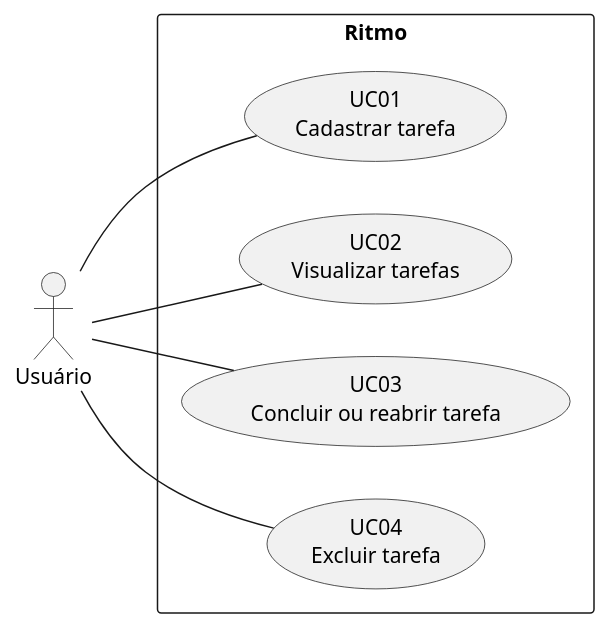
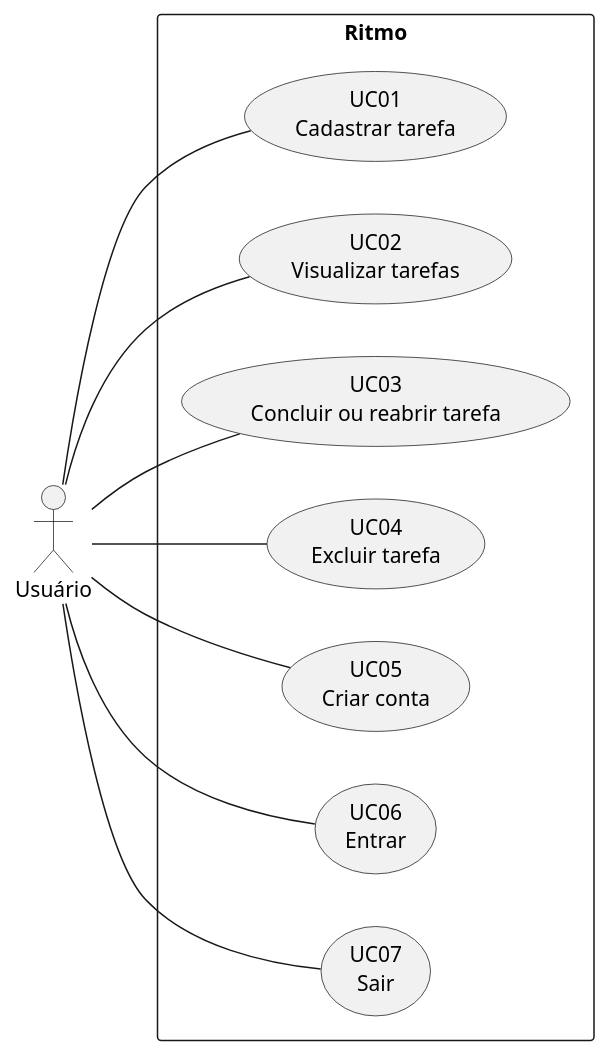
Before and after one commit to morexiety/ritmo: the diagram in docs/casos-de-uso.md, drawn with PlantUML. The commit also changed other lines of this file and 23 other files, not shown here.

````diff
--- a/docs/casos-de-uso.md
+++ b/docs/casos-de-uso.md
@@ -11,20 +11,26 @@
 ```plantuml
 @startuml casos-de-uso
 left to right direction
 skinparam packageStyle rectangle
 
 actor "Usuário" as usuario
 
 rectangle "Ritmo" {
   usecase "UC01\nCadastrar tarefa" as UC01
   usecase "UC02\nVisualizar tarefas" as UC02
   usecase "UC03\nConcluir ou reabrir tarefa" as UC03
   usecase "UC04\nExcluir tarefa" as UC04
+  usecase "UC05\nCriar conta" as UC05
+  usecase "UC06\nEntrar" as UC06
+  usecase "UC07\nSair" as UC07
 }
 
 usuario -- UC01
 usuario -- UC02
 usuario -- UC03
 usuario -- UC04
+usuario -- UC05
+usuario -- UC06
+usuario -- UC07
 @enduml
 ```
````
